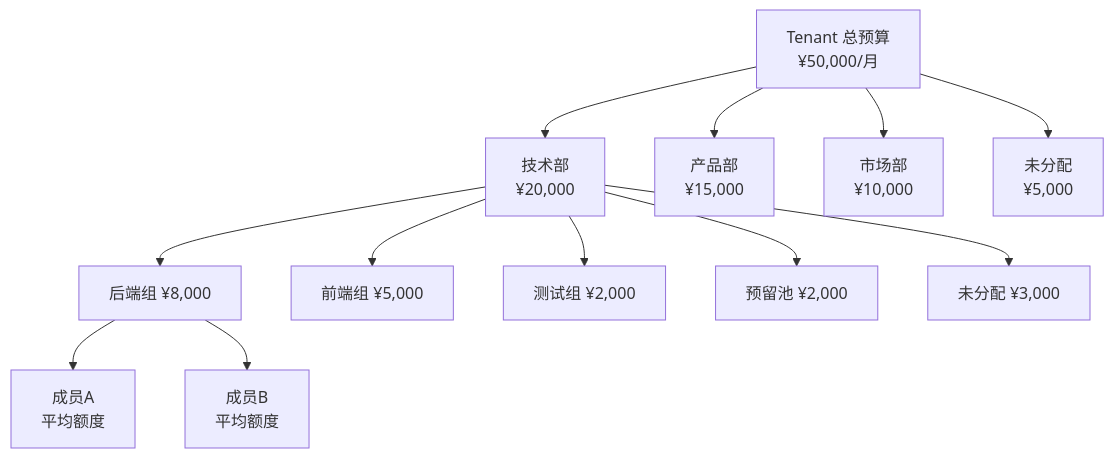
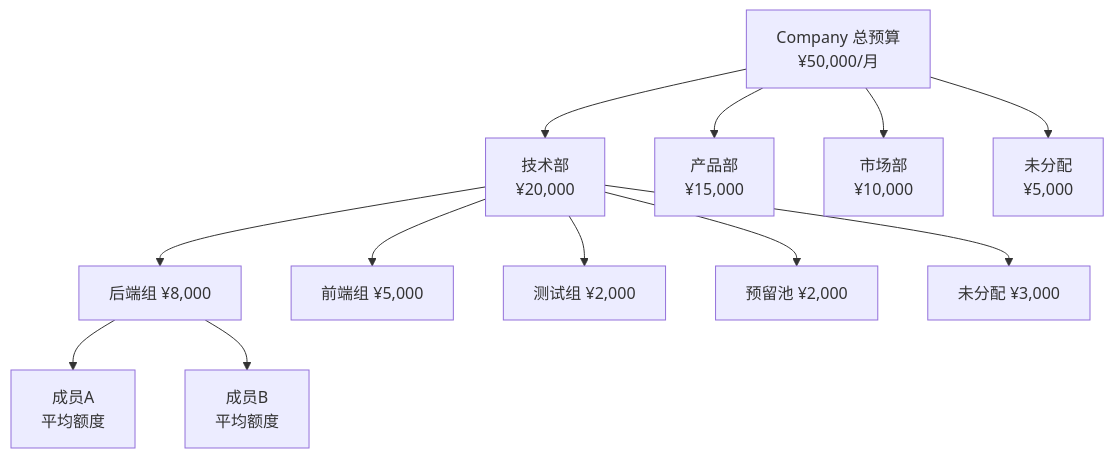
One commit to quyip8818/mytokenjoy changed the seventh of 15 diagrams in docs/TokenJoy-PRD.md. Above: the diagram before and after it, drawn with Mermaid. The commit also changed other lines of this file and 203 other files, not shown here.

````diff
--- a/docs/TokenJoy-PRD.md
+++ b/docs/TokenJoy-PRD.md
@@ -346,16 +346,16 @@
 ```mermaid
 flowchart TD
-    T[Tenant 总预算<br/>¥50,000/月] --> D1[技术部<br/>¥20,000]
+    T[Company 总预算<br/>¥50,000/月] --> D1[技术部<br/>¥20,000]
     T --> D2[产品部<br/>¥15,000]
     T --> D3[市场部<br/>¥10,000]
     T --> R0[未分配<br/>¥5,000]
 
     D1 --> S1[后端组 ¥8,000]
     D1 --> S2[前端组 ¥5,000]
     D1 --> S3[测试组 ¥2,000]
     D1 --> Pool[预留池 ¥2,000]
     D1 --> R1[未分配 ¥3,000]
 
     S1 --> M1[成员A<br/>平均额度]
     S1 --> M2[成员B<br/>平均额度]
 ```
````
